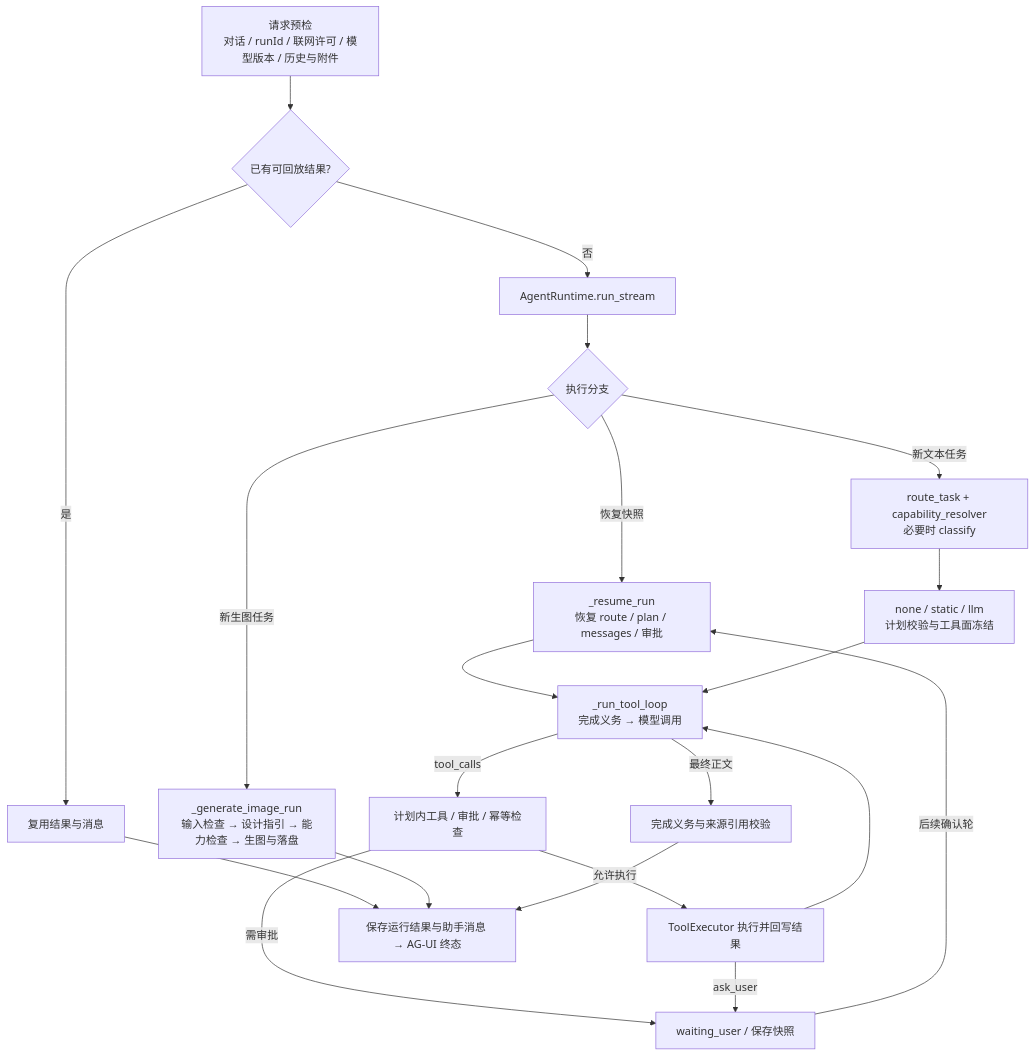
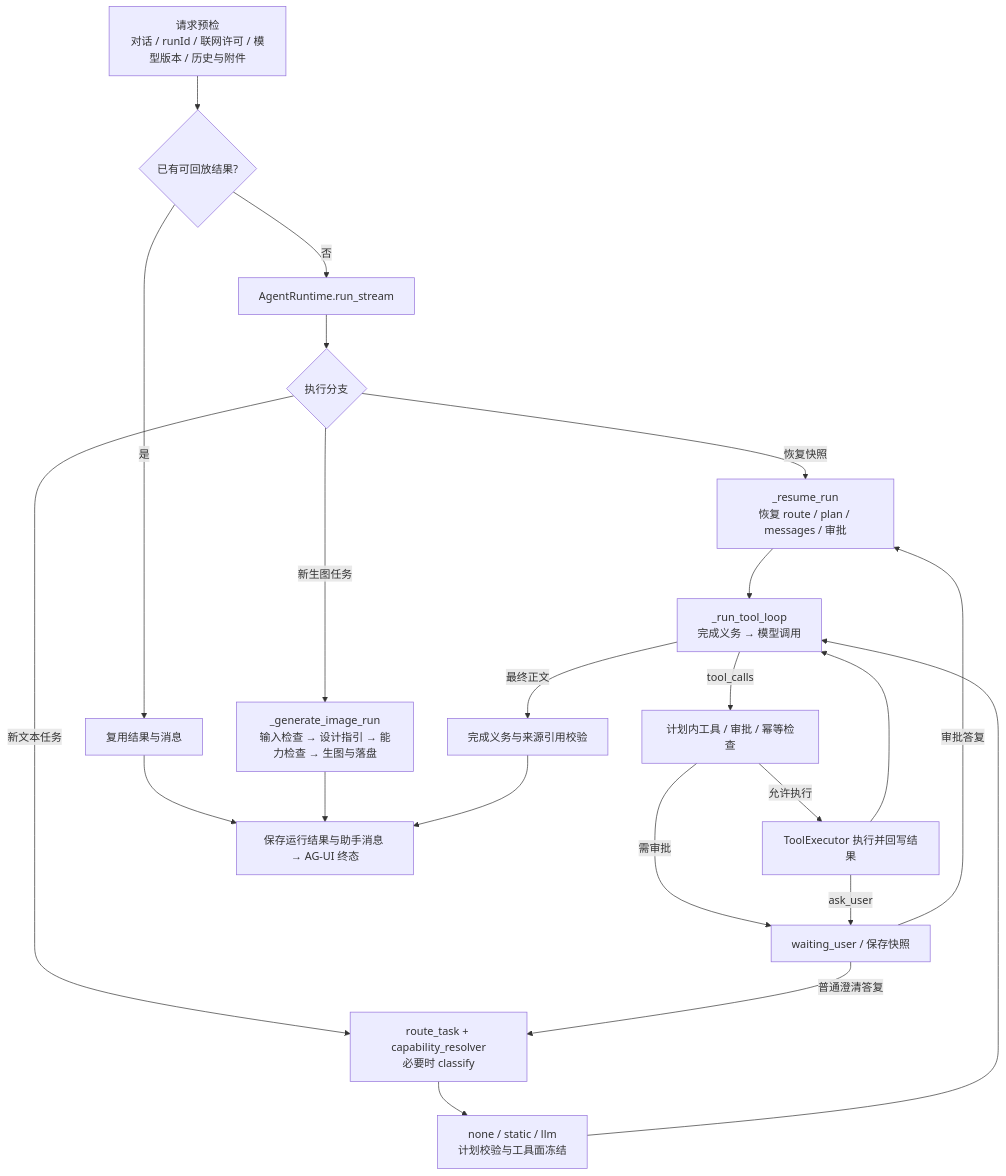
Before and after one commit to Xiaolang-d3/CareerLoop: the second of 2 diagrams in docs/agent.md, drawn with Mermaid. The commit also changed other lines of this file and 15 other files, not shown here.

````diff
--- a/docs/agent.md
+++ b/docs/agent.md
@@ -79,30 +79,31 @@
 ```mermaid
 flowchart TB
   Input["请求预检<br/>对话 / runId / 联网许可 / 模型版本 / 历史与附件"]
   Cache{已有可回放结果?}
   Replay[复用结果与消息]
   Stream[AgentRuntime.run_stream]
   Branch{执行分支}
   Image["_generate_image_run<br/>输入检查 → 设计指引 → 能力检查 → 生图与落盘"]
   Resume["_resume_run<br/>恢复 route / plan / messages / 审批"]
   Route["route_task + capability_resolver<br/>必要时 classify"]
   Plan["none / static / llm<br/>计划校验与工具面冻结"]
   Loop["_run_tool_loop<br/>完成义务 → 模型调用"]
   Gate[计划内工具 / 审批 / 幂等检查]
   Execute[ToolExecutor 执行并回写结果]
   Wait[waiting_user / 保存快照]
   Finish[完成义务与来源引用校验]
   Save[保存运行结果与助手消息 → AG-UI 终态]
   Input --> Cache
   Cache -->|是| Replay --> Save
   Cache -->|否| Stream --> Branch
   Branch -->|新生图任务| Image --> Save
   Branch -->|恢复快照| Resume --> Loop
   Branch -->|新文本任务| Route --> Plan --> Loop
   Loop -->|tool_calls| Gate
   Gate -->|允许执行| Execute --> Loop
   Gate -->|需审批| Wait
   Execute -->|ask_user| Wait
-  Wait -->|后续确认轮| Resume
+  Wait -->|审批答复| Resume
+  Wait -->|普通澄清答复| Route
   Loop -->|最终正文| Finish --> Save
 ```
````
